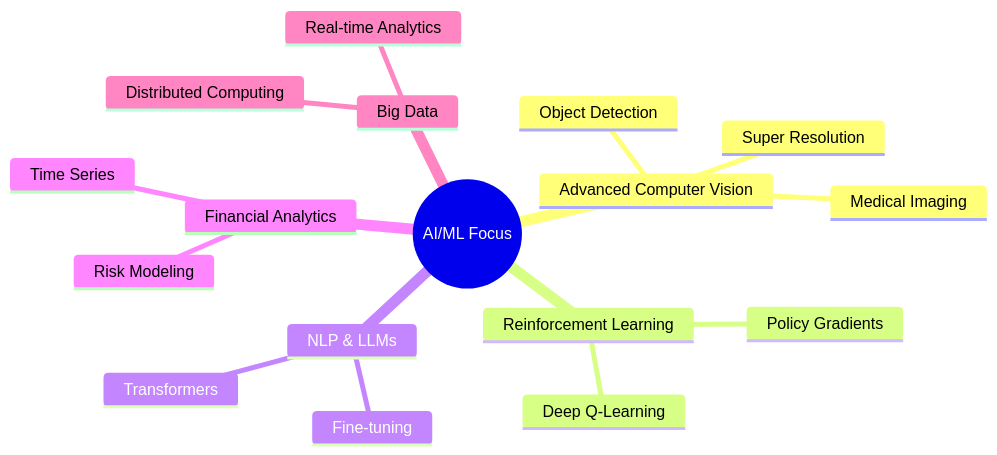
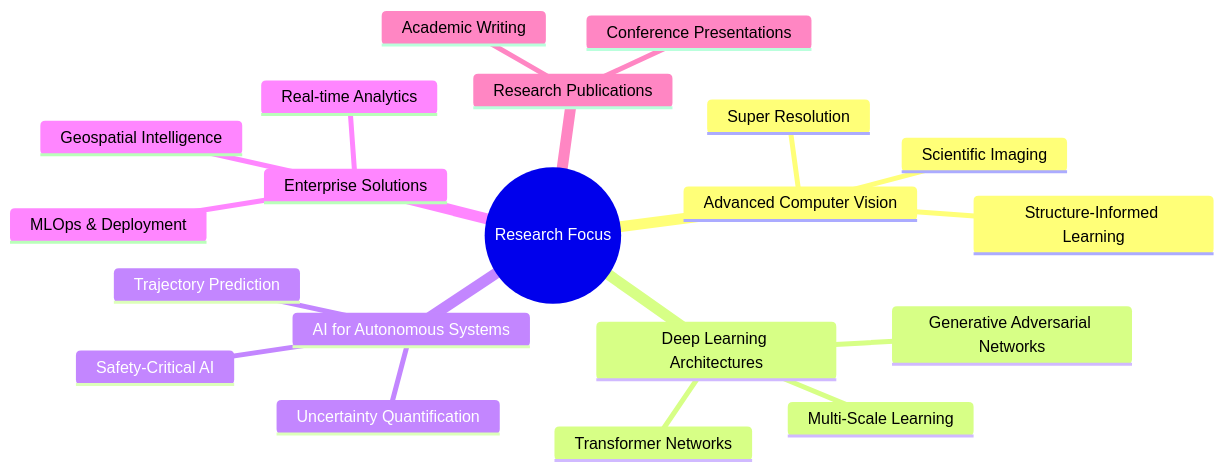
Before and after one commit to randika-CJ/portfolio-test4: the diagram in README.md, drawn with Mermaid. The commit also changed other lines of this file, not shown here.

````diff
--- a/README.md
+++ b/README.md
@@ -233,20 +285,23 @@
 ```mermaid
 mindmap
-  root((AI/ML Focus))
+  root((Research Focus))
     Advanced Computer Vision
       Super Resolution
-      Medical Imaging
-      Object Detection
-    Reinforcement Learning
-      Deep Q-Learning
-      Policy Gradients
-    NLP & LLMs
-      Transformers
-      Fine-tuning
-    Financial Analytics
-      Time Series
-      Risk Modeling
-    Big Data
-      Distributed Computing
+      Scientific Imaging
+      Structure-Informed Learning
+    Deep Learning Architectures
+      Transformer Networks
+      Generative Adversarial Networks
+      Multi-Scale Learning
+    AI for Autonomous Systems
+      Trajectory Prediction
+      Uncertainty Quantification
+      Safety-Critical AI
+    Enterprise Solutions
       Real-time Analytics
+      Geospatial Intelligence
+      MLOps & Deployment
+    Research Publications
+      Academic Writing
+      Conference Presentations
 ```
````
